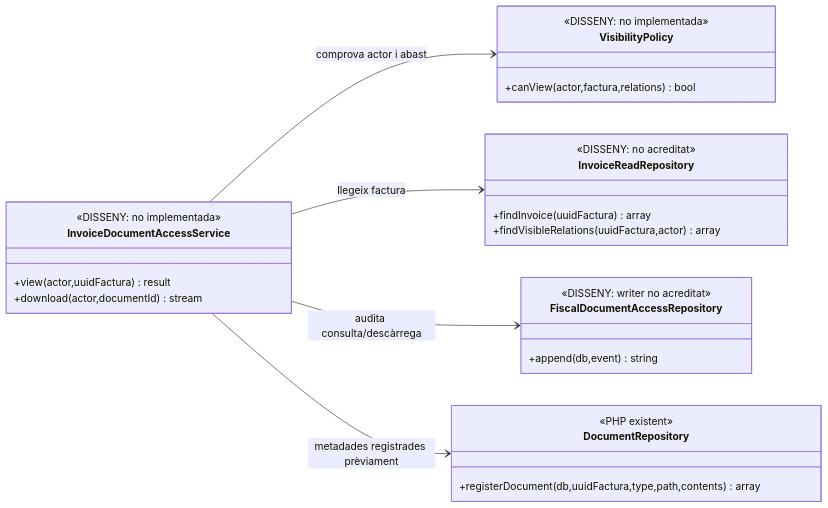
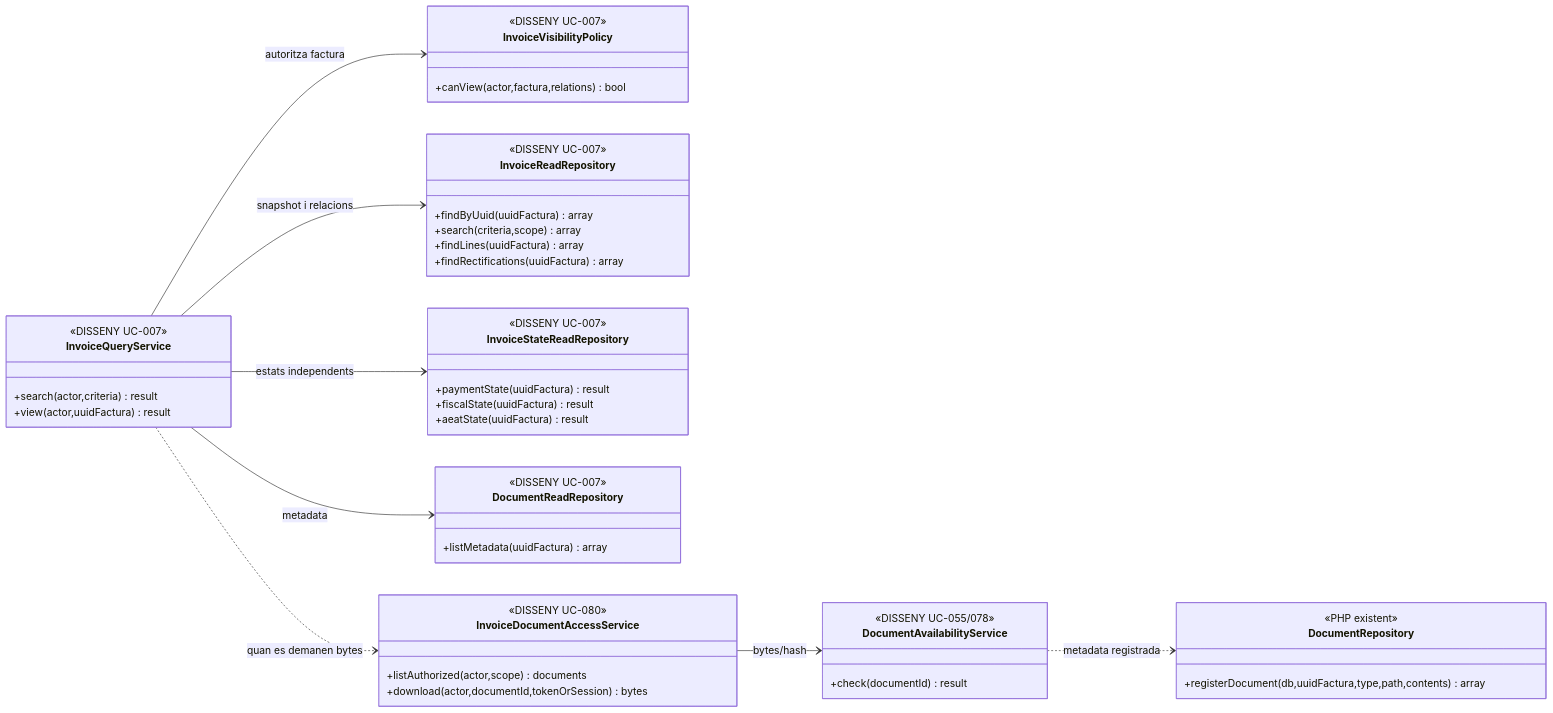
The third of 4 diagrams in documentacio/07-uml-integrat/uc-007-consultar-factura-estat-document.md (orgmeriemprismacat-del/verifactu), drawn with Mermaid before and after one commit. The commit also changed other lines of this file, not shown here.

Commit message:
docs(uc-007): separar consulta de factura i accés documental

````diff
--- a/documentacio/07-uml-integrat/uc-007-consultar-factura-estat-document.md
+++ b/documentacio/07-uml-integrat/uc-007-consultar-factura-estat-document.md
@@ -117,30 +119,50 @@
-```mermaid
+~~~mermaid
 classDiagram
 direction LR
-class InvoiceDocumentAccessService {
- <<DISSENY: no implementada>>
+class InvoiceQueryService {
+ <<DISSENY UC-007>>
+ +search(actor,criteria) result
  +view(actor,uuidFactura) result
- +download(actor,documentId) stream
 }
-class VisibilityPolicy {
- <<DISSENY: no implementada>>
+class InvoiceVisibilityPolicy {
+ <<DISSENY UC-007>>
  +canView(actor,factura,relations) bool
 }
 class InvoiceReadRepository {
- <<DISSENY: no acreditat>>
- +findInvoice(uuidFactura) array
- +findVisibleRelations(uuidFactura,actor) array
+ <<DISSENY UC-007>>
+ +findByUuid(uuidFactura) array
+ +search(criteria,scope) array
+ +findLines(uuidFactura) array
+ +findRectifications(uuidFactura) array
+}
+class InvoiceStateReadRepository {
+ <<DISSENY UC-007>>
+ +paymentState(uuidFactura) result
+ +fiscalState(uuidFactura) result
+ +aeatState(uuidFactura) result
+}
+class DocumentReadRepository {
+ <<DISSENY UC-007>>
+ +listMetadata(uuidFactura) array
+}
+class InvoiceDocumentAccessService {
+ <<DISSENY UC-080>>
+ +listAuthorized(actor,scope) documents
+ +download(actor,documentId,tokenOrSession) bytes
+}
+class DocumentAvailabilityService {
+ <<DISSENY UC-055/078>>
+ +check(documentId) result
 }
 class DocumentRepository {
  <<PHP existent>>
  +registerDocument(db,uuidFactura,type,path,contents) array
 }
-class FiscalDocumentAccessRepository {
- <<DISSENY: writer no acreditat>>
- +append(db,event) string
-}
-InvoiceDocumentAccessService --> VisibilityPolicy : comprova actor i abast
-InvoiceDocumentAccessService --> InvoiceReadRepository : llegeix factura
-InvoiceDocumentAccessService --> FiscalDocumentAccessRepository : audita consulta/descàrrega
-InvoiceDocumentAccessService --> DocumentRepository : metadades registrades prèviament
-```
+InvoiceQueryService --> InvoiceVisibilityPolicy : autoritza factura
+InvoiceQueryService --> InvoiceReadRepository : snapshot i relacions
+InvoiceQueryService --> InvoiceStateReadRepository : estats independents
+InvoiceQueryService --> DocumentReadRepository : metadata
+InvoiceDocumentAccessService --> DocumentAvailabilityService : bytes/hash
+DocumentAvailabilityService ..> DocumentRepository : metadata registrada
+InvoiceQueryService ..> InvoiceDocumentAccessService : quan es demanen bytes
+~~~
````
